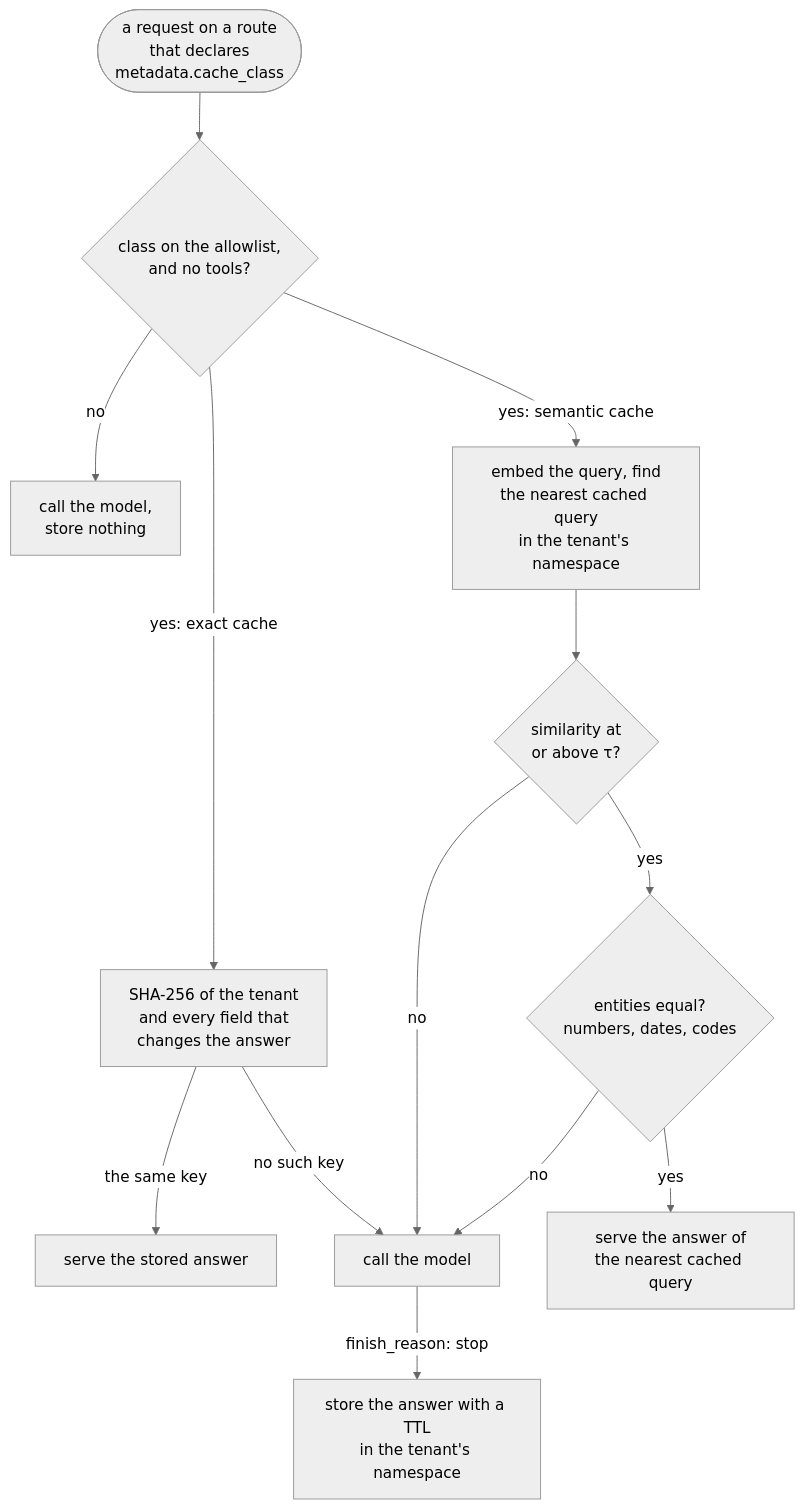
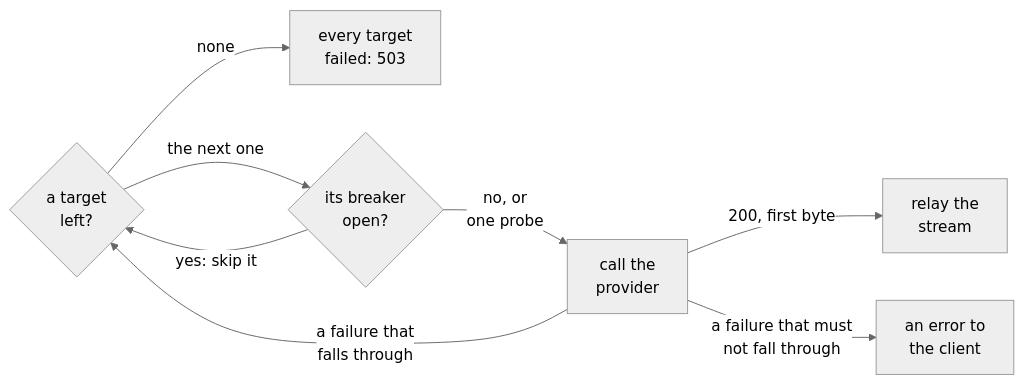
Before and after one commit to aniryou/full-stack-agentic-engineer: the fourth of 9 diagrams in 06-gateway/llm-gateway/PRIMER.md, drawn with Mermaid (neutral theme). The commit also changed other lines of this file and 105 other files, not shown here.

First line of the commit message:
WIP snapshot: figures and the STE second pass in progress (2026-10-30T10:27:30Z); not validated [skip ci]

````diff
--- a/06-gateway/llm-gateway/PRIMER.md
+++ b/06-gateway/llm-gateway/PRIMER.md
@@ -484,15 +284,10 @@
 ```mermaid
-flowchart TB
-    REQ(["a request on a route<br/>that declares<br/>metadata.cache_class"]) --> GATE{"class on the allowlist,<br/>and no tools?"}
-    GATE -- "yes: exact cache" --> EX["SHA-256 of the tenant<br/>and every field that<br/>changes the answer"]
-    EX -- "the same key" --> HITX["serve the stored answer"]
-    EX -- "no such key" --> MODEL["call the model"]
-    GATE -- "no" --> NOSTORE["call the model,<br/>store nothing"]
-    GATE -- "yes: semantic cache" --> EMB["embed the query, find<br/>the nearest cached query<br/>in the tenant's namespace"]
-    EMB --> TAU{"similarity at<br/>or above τ?"}
-    TAU -- "no" --> MODEL
-    TAU -- "yes" --> ENT{"entities equal?<br/>numbers, dates, codes"}
-    ENT -- "no" --> MODEL
-    ENT -- "yes" --> HITS["serve the answer of<br/>the nearest cached query"]
-    MODEL -- "finish_reason: stop" --> STORE["store the answer with a TTL<br/>in the tenant's namespace"]
+flowchart LR
+    NEXT{"a target<br/>left?"} -- "none" --> NONE["every target<br/>failed: 503"]
+    NEXT -- "the next one" --> B{"its breaker<br/>open?"}
+    B -- "yes: skip it" --> NEXT
+    B -- "no, or<br/>one probe" --> CALL["call the<br/>provider"]
+    CALL -- "200, first byte" --> OK["relay the<br/>stream"]
+    CALL -- "a failure that<br/>falls through" --> NEXT
+    CALL -- "a failure that must<br/>not fall through" --> STOP["an error to<br/>the client"]
 ```
````
